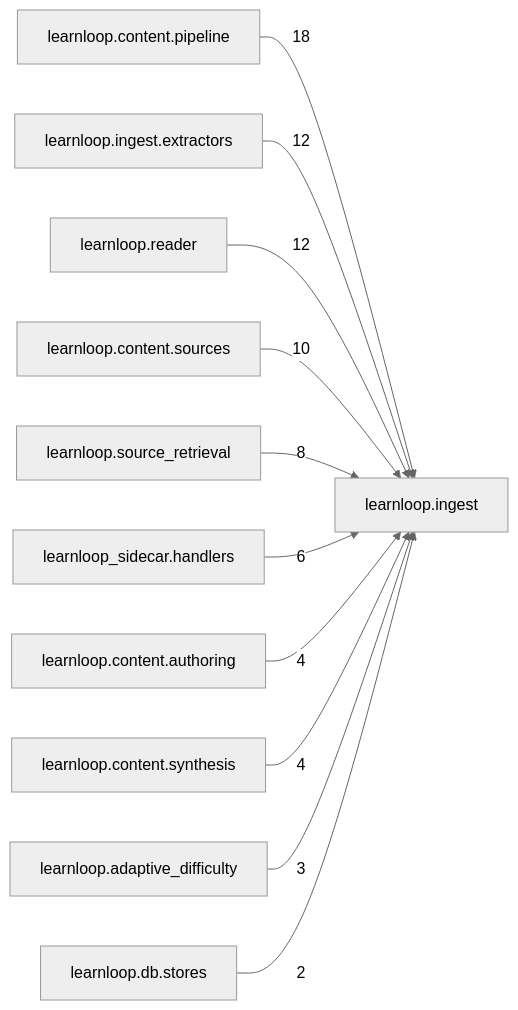
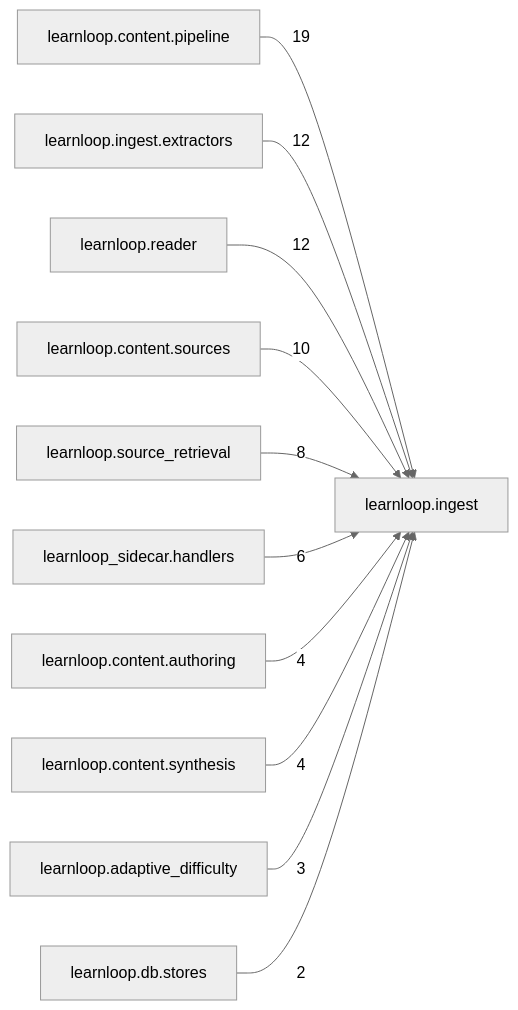
Before and after one commit to 6up-b/learnanything: the diagram in docs/learnloop-architecture-vault/Reference/Modules/learnloop/ingest/_package.md, drawn with Mermaid (neutral theme). The commit also changed other lines of this file and 36 other files, not shown here.

````diff
--- a/docs/learnloop-architecture-vault/Reference/Modules/learnloop/ingest/_package.md
+++ b/docs/learnloop-architecture-vault/Reference/Modules/learnloop/ingest/_package.md
@@ -113,24 +113,24 @@
 ```mermaid
 flowchart LR
     center["learnloop.ingest"]
     n_learnloop_content_pipeline["learnloop.content.pipeline"]
     n_learnloop_ingest_extractors["learnloop.ingest.extractors"]
     n_learnloop_reader["learnloop.reader"]
     n_learnloop_content_sources["learnloop.content.sources"]
     n_learnloop_source_retrieval["learnloop.source_retrieval"]
     n_learnloop_sidecar_handlers["learnloop_sidecar.handlers"]
     n_learnloop_content_authoring["learnloop.content.authoring"]
     n_learnloop_content_synthesis["learnloop.content.synthesis"]
     n_learnloop_adaptive_difficulty["learnloop.adaptive_difficulty"]
     n_learnloop_db_stores["learnloop.db.stores"]
-    n_learnloop_content_pipeline -->|18| center
+    n_learnloop_content_pipeline -->|19| center
     n_learnloop_ingest_extractors -->|12| center
     n_learnloop_reader -->|12| center
     n_learnloop_content_sources -->|10| center
     n_learnloop_source_retrieval -->|8| center
     n_learnloop_sidecar_handlers -->|6| center
     n_learnloop_content_authoring -->|4| center
     n_learnloop_content_synthesis -->|4| center
     n_learnloop_adaptive_difficulty -->|3| center
     n_learnloop_db_stores -->|2| center
 ```
````
